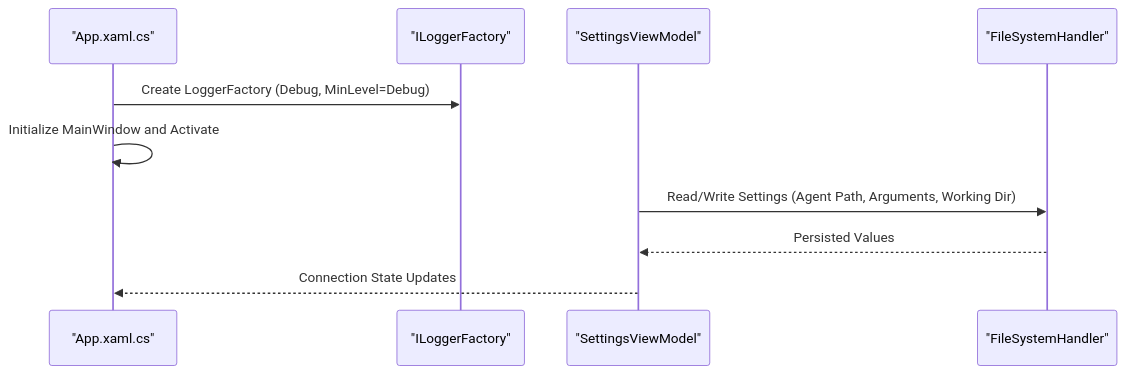
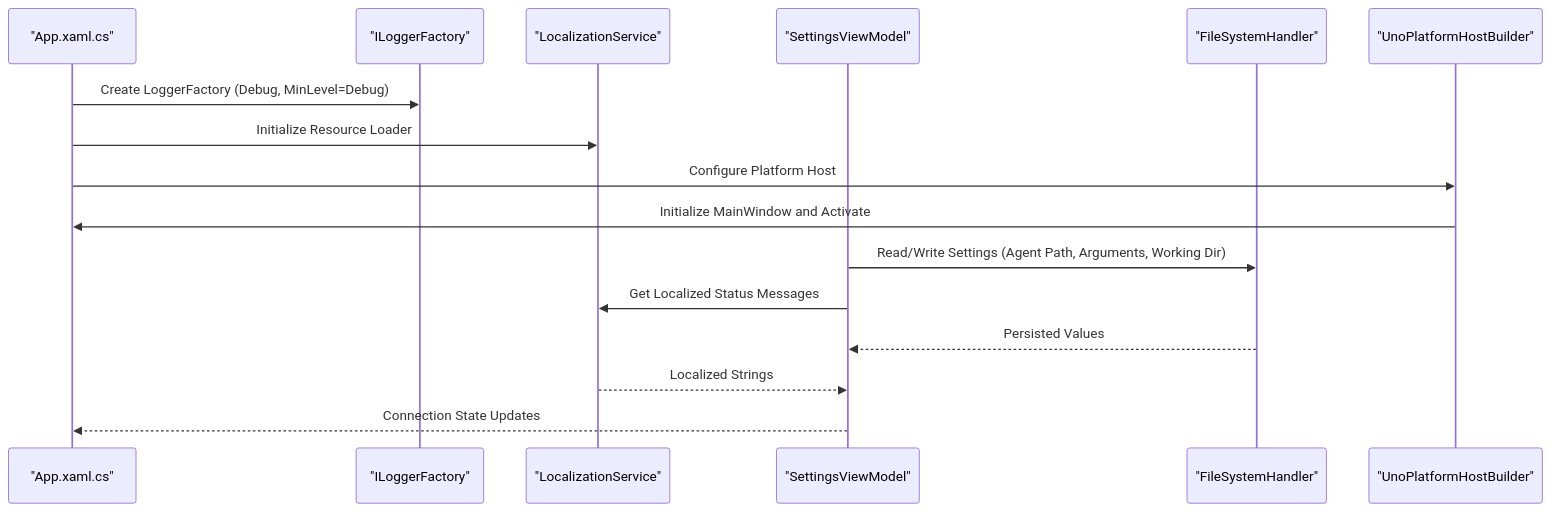
One commit to AgenticDesktop/App changed diagram 11 of 12 in .qoder/repowiki/en/content/Configuration and Deployment.md. Above: the diagram before and after it, drawn with Mermaid. The commit also changed other lines of this file and 108 other files, not shown here.

````diff
--- a/.qoder/repowiki/en/content/Configuration and Deployment.md
+++ b/.qoder/repowiki/en/content/Configuration and Deployment.md
@@ -310,12 +467,18 @@
 ```mermaid
 sequenceDiagram
 participant App as "App.xaml.cs"
 participant Logger as "ILoggerFactory"
+participant Localization as "LocalizationService"
 participant UI as "SettingsViewModel"
 participant FS as "FileSystemHandler"
+participant UnoHost as "UnoPlatformHostBuilder"
 App->>Logger : Create LoggerFactory (Debug, MinLevel=Debug)
-App->>App : Initialize MainWindow and Activate
+App->>Localization : Initialize Resource Loader
+App->>UnoHost : Configure Platform Host
+UnoHost->>App : Initialize MainWindow and Activate
 UI->>FS : Read/Write Settings (Agent Path, Arguments, Working Dir)
+UI->>Localization : Get Localized Status Messages
 FS-->>UI : Persisted Values
+Localization-->>UI : Localized Strings
 UI-->>App : Connection State Updates
 ```
````
